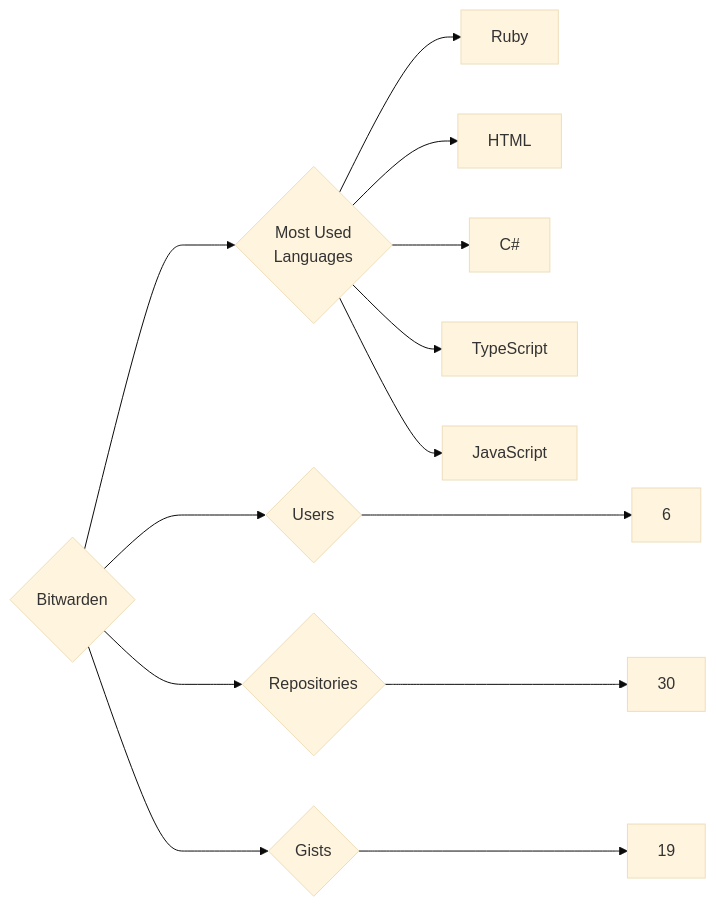
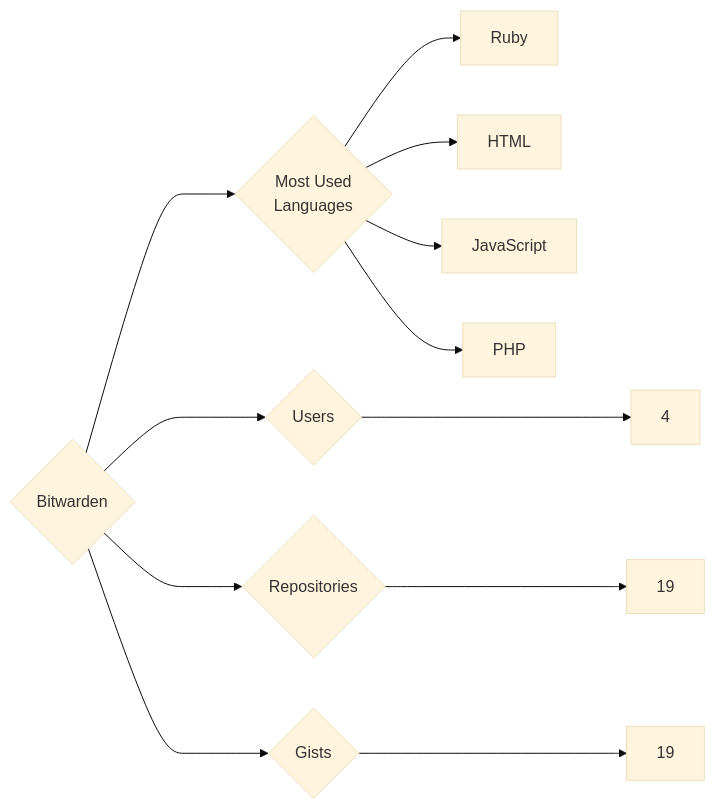
The diagram in targets/Bitwarden/README.md (trickest/insiders), drawn with Mermaid (base theme) before and after one commit. The commit also changed 1120 other files, not shown here.

````diff
--- a/targets/Bitwarden/README.md
+++ b/targets/Bitwarden/README.md
@@ -3,13 +3,12 @@
 ```mermaid
 graph LR
 COMPANY_NAME{Bitwarden}
-COMPANY_NAME ---> U{Users} ---> UN[6]
-COMPANY_NAME ---> R{Repositories} ---> RN[30]
+COMPANY_NAME ---> U{Users} ---> UN[4]
+COMPANY_NAME ---> R{Repositories} ---> RN[19]
 COMPANY_NAME ---> G{Gists} ---> GN[19]
 COMPANY_NAME ---> ML{Most Used<br>Languages}
 ML --> Ruby[Ruby]
 ML --> HTML[HTML]
-ML --> C#[C#]
-ML --> TypeScript[TypeScript]
 ML --> JavaScript[JavaScript]
+ML --> PHP[PHP]
 ```
````
